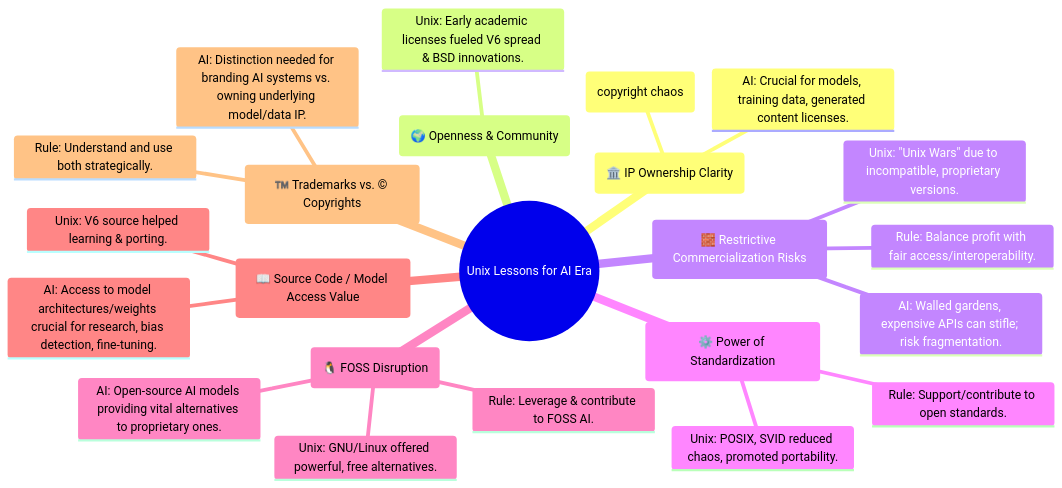
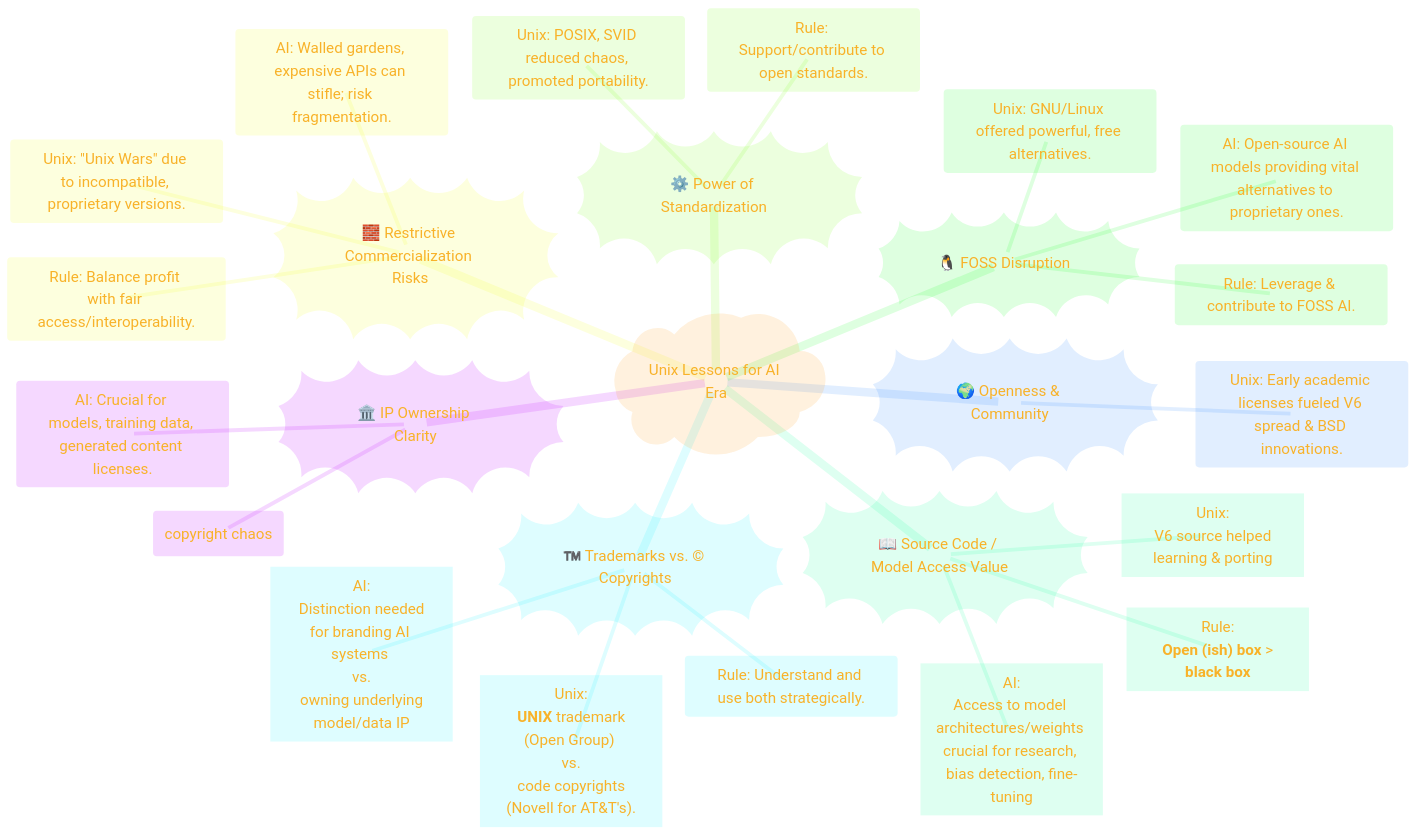
Before and after one commit to CongLeSolutionX/Digital-Bedrock-Landscape: the fourth of 7 diagrams in THE_PAST/PART-4_Consolidated_info.md, drawn with Mermaid. The commit also changed other lines of this file, not shown here.

````diff
--- a/THE_PAST/PART-4_Consolidated_info.md
+++ b/THE_PAST/PART-4_Consolidated_info.md
@@ -241,39 +269,67 @@
 ```mermaid
+---
+title: "Lessons from Unix for the AI Era: A Guiding Light"
+author: "Cong Le"
+version: "1.0"
+license(s): "MIT, CC BY 4.0"
+copyright: "Copyright (c) 2025 Cong Le. All Rights Reserved."
+config:
+  theme: base
+---
+%%%%%%%% Mermaid version v11.4.1-b.14
+%%{
+  init: {
+    'fontFamily': 'American Typewriter',
+    'mindmap': {
+	    'nodeAlign': 'center',
+	    'padding': 20
+    },
+    'themeVariables': {
+      'primaryColor': '#FC82',
+      'primaryTextColor': '#F8B229',
+      'primaryBorderColor': '#27AE60',
+      'secondaryColor': '#EBF3',
+      'secondaryTextColor': '#6C3483',
+      'secondaryBorderColor': '#A569BD',
+      'fontSize': '20px'
+    }
+  }
+}%%
 mindmap
-  root((Unix Lessons for AI Era))
-    (🏛️ IP Ownership Clarity)
+  root)"Unix Lessons for AI Era"(
+    IP_Ownership_Clarity))"🏛️ IP Ownership Clarity"((
       ::icon(fa fa-landmark)
       Unix: SCO vs. Novell lawsuits (copyright chaos)
       AI: Crucial for models, training data, generated content licenses.
       %% Rule: Explicitly define rights! $$\\mathcal{L}_{AI} = f(\text{data}, \text{model}, \text{output})$$
-    (🌍 Openness & Community)
+    Openness_and_Community))"🌍 Openness & Community"((
       ::icon(fa fa-globe)
       Unix: Early academic licenses fueled V6 spread & BSD innovations.
       %% AI: Open models (BLOOM, Llama) & frameworks (PyTorch) accelerate research.
       %% Rule: Consider open-source (MIT, Apache, OpenRAIL).
-    ("🧱 Restrictive Commercialization Risks")
+    Restrictive_Commercialization_Risks))"🧱 Restrictive Commercialization Risks"((
       ::icon(fa fa-store-slash)
       Unix: "Unix Wars" due to incompatible, proprietary versions.
       AI: Walled gardens, expensive APIs can stifle; risk fragmentation.
       Rule: Balance profit with fair access/interoperability.
-    ("⚙️ Power of Standardization")
+    Power_of_Standardization))"⚙️ Power of Standardization"((
       ::icon(fa fa-cogs)
       Unix: POSIX, SVID reduced chaos, promoted portability.
       %% AI: Needed for model formats (ONNX), APIs, data interchange, ethics.
       Rule: Support/contribute to open standards.
-    ("🐧 FOSS Disruption")
+    FOSS_Disruption))"🐧 FOSS Disruption"((
       ::icon(fa fa-linux)
       Unix: GNU/Linux offered powerful, free alternatives.
       AI: Open-source AI models providing vital alternatives to proprietary ones.
       Rule: Leverage & contribute to FOSS AI.
-    ("📖 Source Code / Model Access Value")
+    Source_Code_Model_Access_Value))"📖 Source Code / Model Access Value"((
       ::icon(fa fa-book-open)
-      Unix: V6 source helped learning & porting.
-      AI: Access to model architectures/weights crucial for research, bias detection, fine-tuning.
-      %% Rule: "Open (ish) box" > "black box."
-    ("™️ Trademarks vs. © Copyrights")
+      Unix["Unix:<br/> V6 source helped learning & porting"]
+      AI["AI:<br/>Access to model architectures/weights crucial for research, bias detection, fine-tuning"]
+      Rule["Rule:<br/> **Open (ish) box** > **black box**"]
+    Trademarks_vs_Copyrights))"™️ Trademarks vs. © Copyrights"((
       ::icon(fa fa-registered)
-      %% Unix: "UNIX" trademark (Open Group) vs. code copyrights (Novell for AT&T's).
-      AI: Distinction needed for branding AI systems vs. owning underlying model/data IP.
+      Unix["Unix:<br/> **UNIX** trademark (Open Group) <br/>vs.<br/> code copyrights (Novell for AT&T's)."]
+      AI["AI:<br/> Distinction needed for branding AI systems <br/>vs.<br/> owning underlying model/data IP"]
       Rule: Understand and use both strategically.
 ```
````
